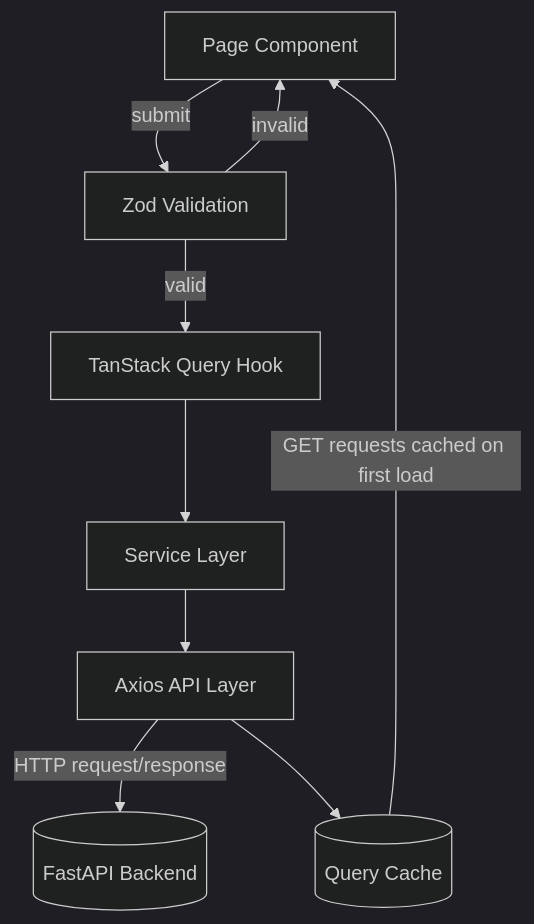
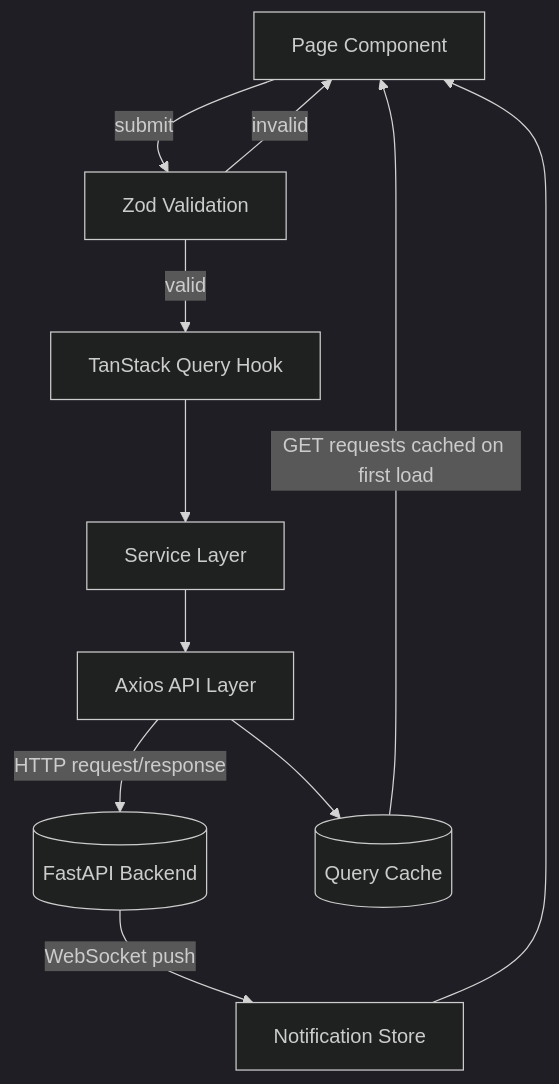
One commit to edrian-a-marinas/sitesync-client changed the diagram in README.md. Above: the diagram before and after it, drawn with Mermaid (dark theme). The commit also changed other lines of this file and 1 other file, not shown here.

Commit message:
docs: finalize README and roadmap for project completion

````diff
--- a/README.md
+++ b/README.md
@@ -29,11 +29,13 @@
 ```mermaid
 flowchart TD
     Page[Page Component] -->|submit| Validation[Zod Validation]
     Validation -->|invalid| Page
     Validation -->|valid| Hook[TanStack Query Hook]
     Hook --> Service[Service Layer]
     Service --> Api[Axios API Layer]
     Api -->|HTTP request/response| Backend[(FastAPI Backend)]
     Api --> Cache[(Query Cache)]
     Cache -->|GET requests cached on first load| Page
+    Backend -->|WebSocket push| Notif[Notification Store]
+    Notif --> Page
 ```
````
